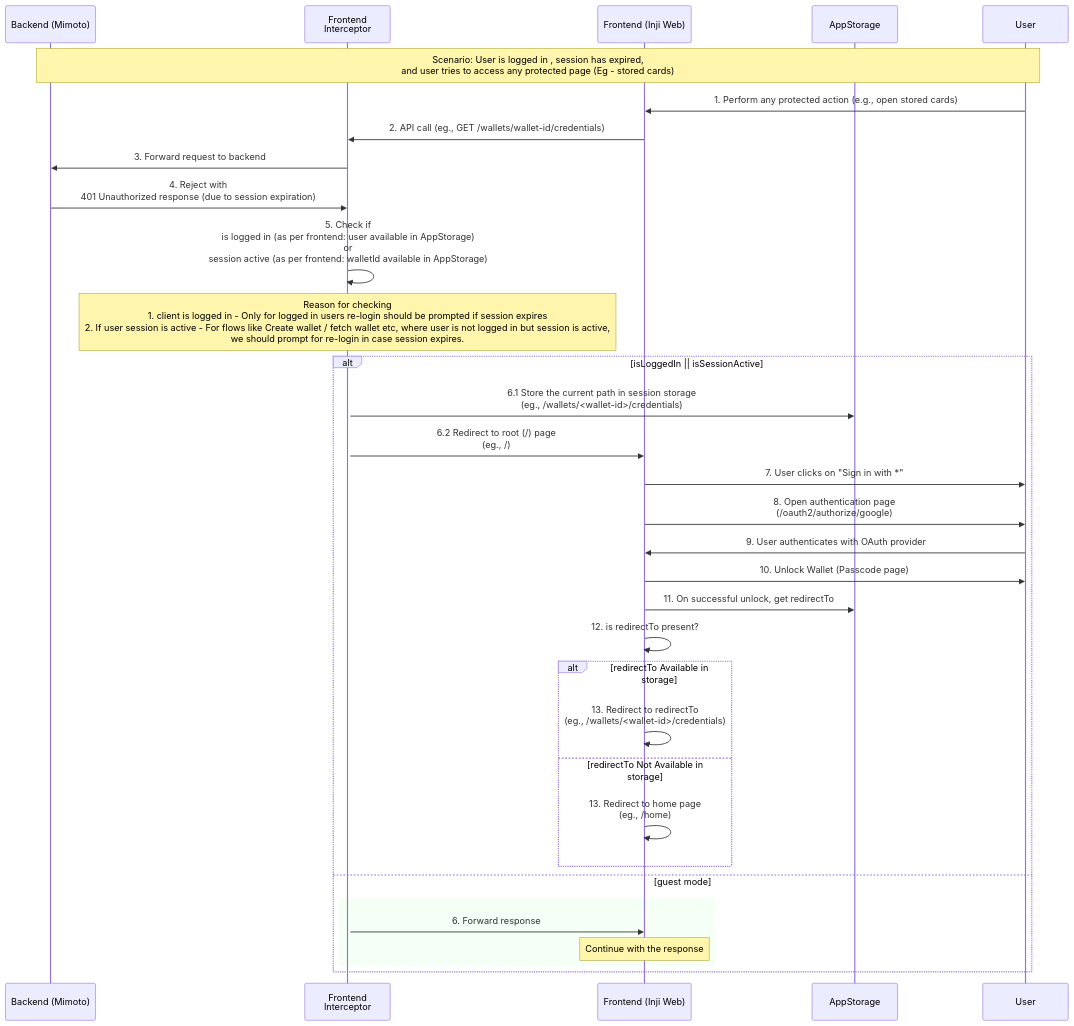
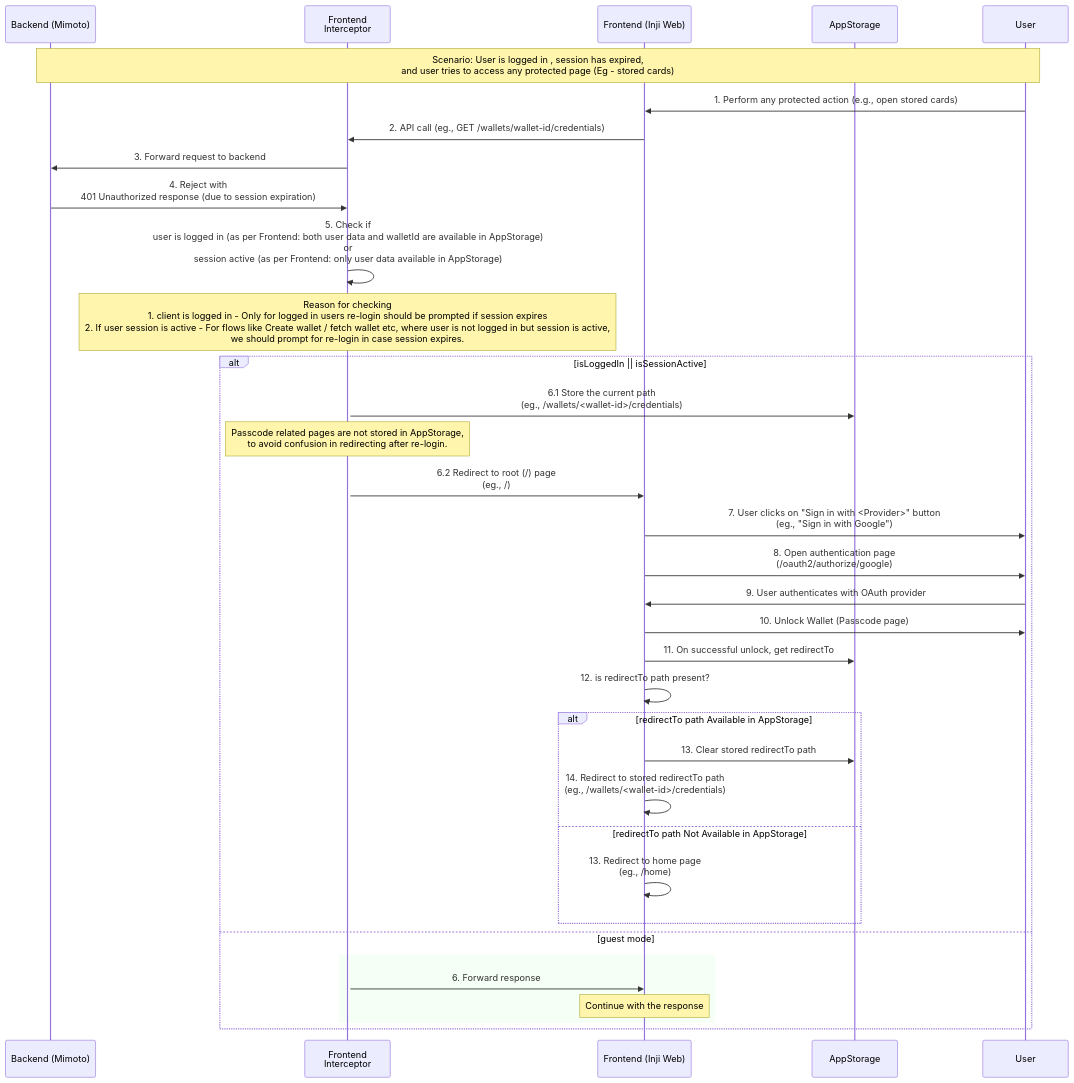
The diagram in docs/SessionExpirationHandling.md (mosip/inji-web), drawn with Mermaid before and after one commit. The commit also changed other lines of this file, not shown here.

Commit message:
[INJIWEB-1563] docs: update SessionExpirationHandling.md

````diff
--- a/docs/SessionExpirationHandling.md
+++ b/docs/SessionExpirationHandling.md
@@ -32,39 +32,41 @@
 ```mermaid
 
 sequenceDiagram
     participant be as Backend (Mimoto)
     participant interceptor as Frontend<br/> Interceptor
     participant fe as Frontend (Inji Web)
     participant AppStorage
     participant user as User
     
     note over be, user: Scenario: User is logged in , session has expired,<br/> and user tries to access any protected page (Eg - stored cards)
     
     user ->> fe: 1. Perform any protected action (e.g., open stored cards)
     fe ->> interceptor: 2. API call (eg., GET /wallets/wallet-id/credentials)
     interceptor ->> be: 3. Forward request to backend
     be ->> interceptor: 4. Reject with <br/> 401 Unauthorized response (due to session expiration)
-    interceptor ->> interceptor: 5. Check if <br/> is logged in (as per frontend: user available in AppStorage)<br/> or <br/> session active (as per frontend: walletId available in AppStorage)
+    interceptor ->> interceptor: 5. Check if <br/> user is logged in (as per Frontend: both user data and walletId are available in AppStorage) <br/> or <br/> session active (as per Frontend: only user data available in AppStorage)
     note over interceptor: Reason for checking<br/>1. client is logged in - Only for logged in users re-login should be prompted if session expires<br/>2. If user session is active - For flows like Create wallet / fetch wallet etc, where user is not logged in but session is active, <br/>we should prompt for re-login in case session expires.
     alt isLoggedIn || isSessionActive
         activate interceptor
-        interceptor ->> AppStorage: 6.1 Store the current path in session storage <br/> (eg., /wallets/<wallet-id>/credentials)
+        interceptor ->> AppStorage: 6.1 Store the current path <br/> (eg., /wallets/<wallet-id>/credentials)
+        note over interceptor : Passcode related pages are not stored in AppStorage,<br/> to avoid confusion in redirecting after re-login.
         interceptor ->> fe: 6.2 Redirect to root (/) page <br/> (eg., /)
-        fe ->> user: 7. User clicks on "Sign in with *"
+        fe ->> user: 7. User clicks on "Sign in with <Provider>" button <br/> (eg., "Sign in with Google")
         fe ->> user: 8. Open authentication page <br/> (/oauth2/authorize/google)
         user ->> fe: 9. User authenticates with OAuth provider
         fe ->> user: 10. Unlock Wallet (Passcode page)
         fe ->> AppStorage: 11. On successful unlock, get redirectTo
-        fe ->> fe: 12. is redirectTo present?
-        alt redirectTo Available in storage 
-            fe ->> fe: 13. Redirect to redirectTo <br/> (eg., /wallets/<wallet-id>/credentials)
-        else redirectTo Not Available in storage
+        fe ->> fe: 12. is redirectTo path present?
+        alt redirectTo path Available in AppStorage 
+            fe ->> AppStorage: 13. Clear stored redirectTo path
+            fe ->> fe: 14. Redirect to stored redirectTo path <br/> (eg., /wallets/<wallet-id>/credentials)
+        else redirectTo path Not Available in AppStorage
             fe ->> fe: 13. Redirect to home page <br/> (eg., /home)
         end
     else guest mode
         rect rgb(230, 255, 230, 0.4)
             interceptor ->> fe: 6. Forward response
             note over fe: Continue with the response
         end
     end
 ```
````
